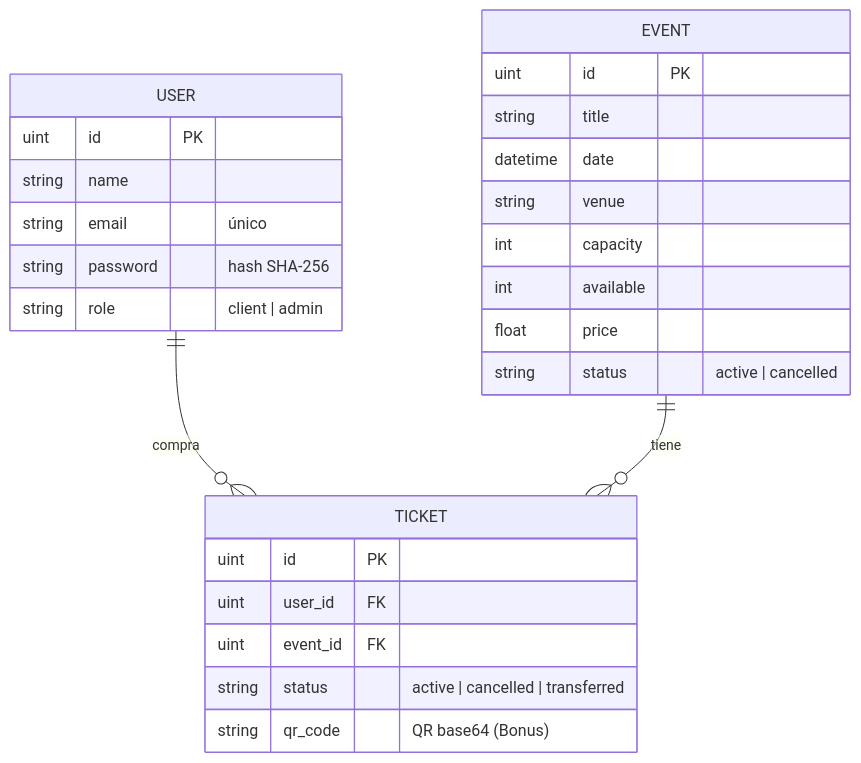
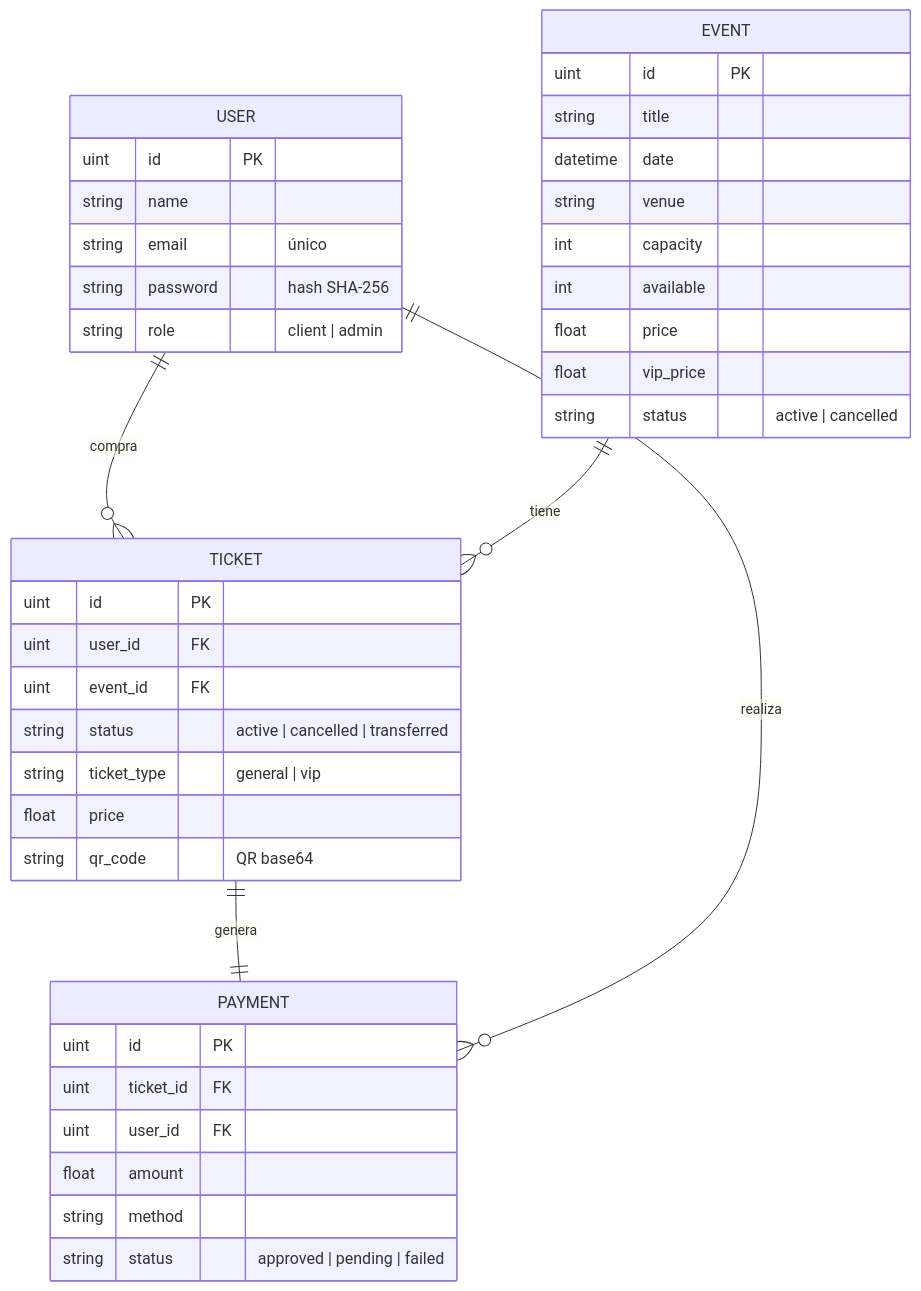
The diagram in README.md (FlorChama/Proyecto-Desarrollo), drawn with Mermaid before and after one commit. The commit also changed other lines of this file and 7 other files, not shown here.

First line of the commit message:
docs: README completo con capturas de pantalla y diagrama BD actualizado

````diff
--- a/README.md
+++ b/README.md
@@ -121,30 +124,43 @@
 ```mermaid
 erDiagram
     USER ||--o{ TICKET : "compra"
     EVENT ||--o{ TICKET : "tiene"
+    TICKET ||--|| PAYMENT : "genera"
+    USER ||--o{ PAYMENT : "realiza"
 
     USER {
         uint id PK
         string name
         string email "único"
         string password "hash SHA-256"
         string role "client | admin"
     }
     EVENT {
         uint id PK
         string title
         datetime date
         string venue
         int capacity
         int available
         float price
+        float vip_price
         string status "active | cancelled"
     }
     TICKET {
         uint id PK
         uint user_id FK
         uint event_id FK
         string status "active | cancelled | transferred"
-        string qr_code "QR base64 (Bonus)"
+        string ticket_type "general | vip"
+        float price
+        string qr_code "QR base64"
+    }
+    PAYMENT {
+        uint id PK
+        uint ticket_id FK
+        uint user_id FK
+        float amount
+        string method
+        string status "approved | pending | failed"
     }
 ```
````
